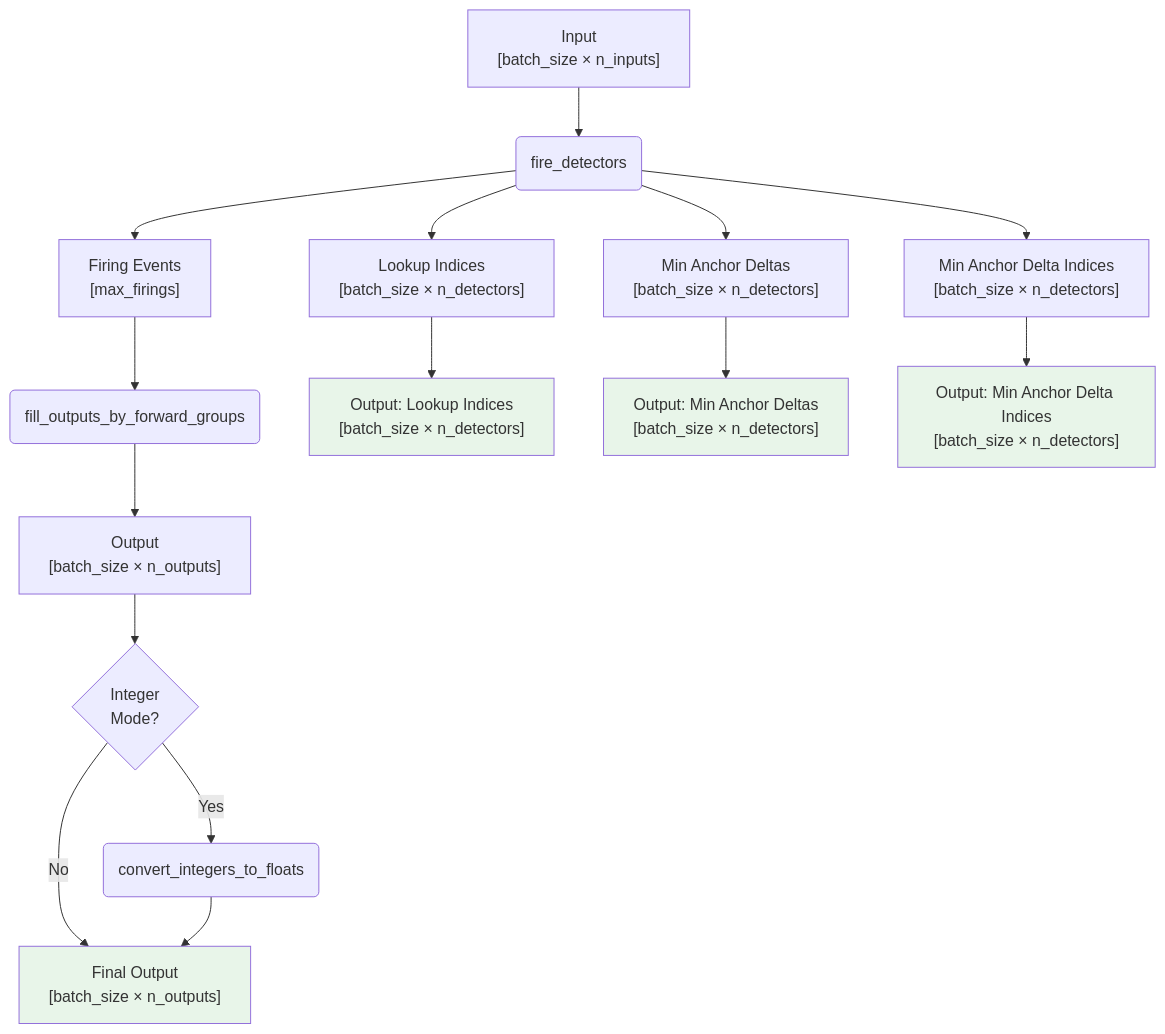
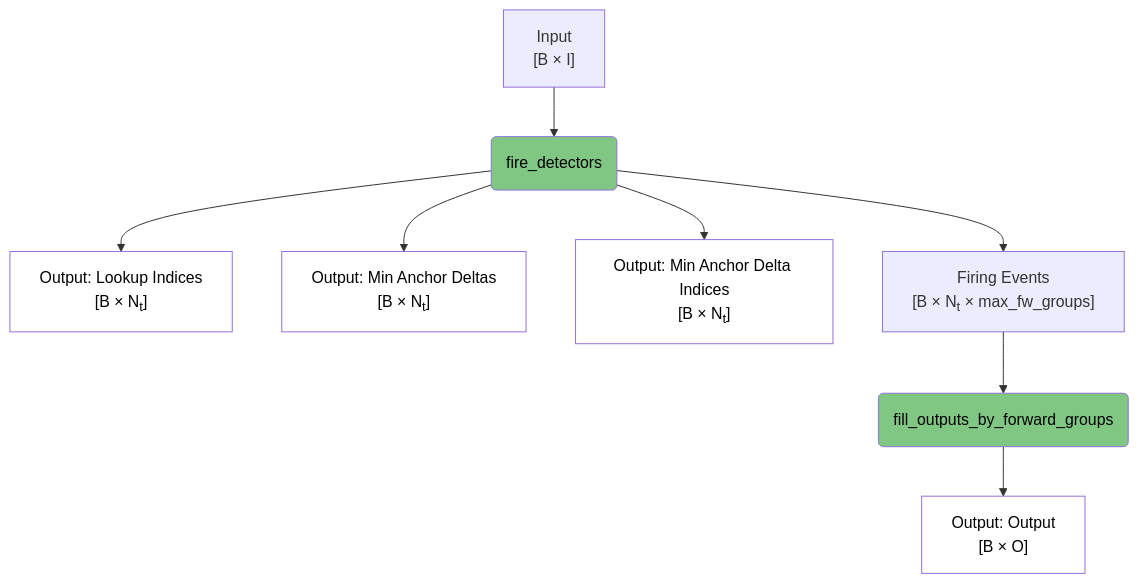
The second of 6 diagrams in spiky_cuda/lut/doc/LUT_RUNTIME_DATA_FLOW.md (anatoli-starostin/spiky), drawn with Mermaid before and after one commit. The commit also changed other lines of this file and 1 other file, not shown here.

````diff
--- a/spiky_cuda/lut/doc/LUT_RUNTIME_DATA_FLOW.md
+++ b/spiky_cuda/lut/doc/LUT_RUNTIME_DATA_FLOW.md
@@ -42,27 +31,20 @@
 ```mermaid
 flowchart TD
-    A["Input<br/>[batch_size × n_inputs]"] --> B(fire_detectors)
+    A["Input<br/>[B × I]"] --> B(fire_detectors)
     
-    B --> C["Lookup Indices<br/>[batch_size × n_detectors]"]
-    B --> D["Min Anchor Deltas<br/>[batch_size × n_detectors]"]
-    B --> E["Min Anchor Delta Indices<br/>[batch_size × n_detectors]"]
-    B --> F["Firing Events<br/>[max_firings]"]
+    B --> C["Output: Lookup Indices<br/>[B × N<sub>t</sub>]"]
+    B --> D["Output: Min Anchor Deltas<br/>[B × N<sub>t</sub>]"]
+    B --> E["Output: Min Anchor Delta Indices<br/>[B × N<sub>t</sub>]"]
+    B --> F["Firing Events<br/>[B × N<sub>t</sub> × max_fw_groups]"]
     
     F --> G(fill_outputs_by_forward_groups)
     
-    G --> H["Output<br/>[batch_size × n_outputs]"]
+    G --> H["Output: Output<br/>[B × O]"]
     
-    H --> I{Integer<br/>Mode?}
-    I -->|Yes| J(convert_integers_to_floats)
-    I -->|No| K["Final Output<br/>[batch_size × n_outputs]"]
-    J --> K
-    
-    C --> L["Output: Lookup Indices<br/>[batch_size × n_detectors]"]
-    D --> M["Output: Min Anchor Deltas<br/>[batch_size × n_detectors]"]
-    E --> N["Output: Min Anchor Delta Indices<br/>[batch_size × n_detectors]"]
-    
-    style L fill:#e8f5e9
-    style M fill:#e8f5e9
-    style N fill:#e8f5e9
-    style K fill:#e8f5e9
+    style B fill:#81c784,color:#000000
+    style G fill:#81c784,color:#000000
+    style C fill:#ffffff,color:#000000
+    style D fill:#ffffff,color:#000000
+    style E fill:#ffffff,color:#000000
+    style H fill:#ffffff,color:#000000
 ```
````
